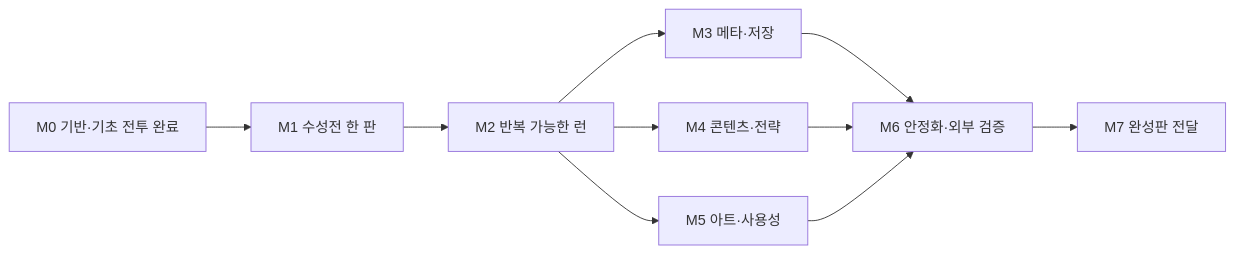
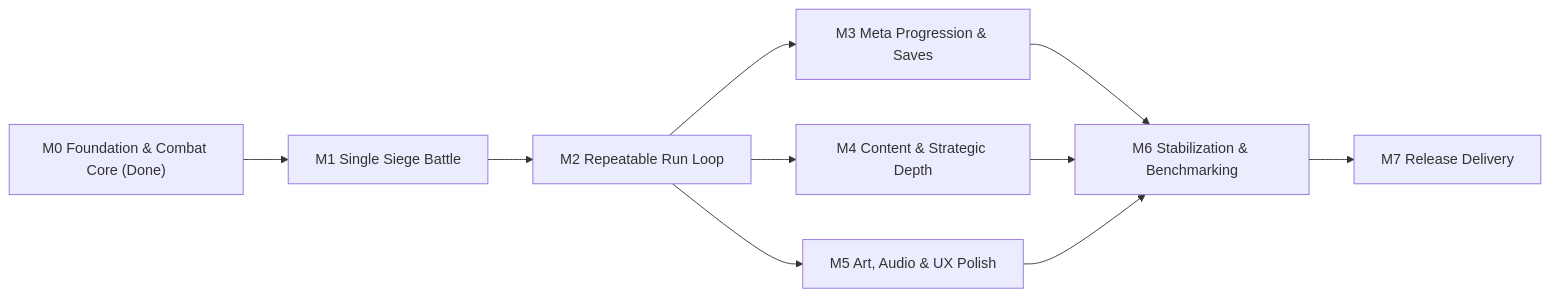
One commit to RiceMonkeyGames/ProjectNeo changed the diagram in Docs/ImplementationPlan.md. Above: the diagram before and after it, drawn with Mermaid. The commit also changed other lines of this file and 6 other files, not shown here.

First line of the commit message:
docs: 문서 영문화 및 마크다운 백로그 워크플로우 도입

````diff
--- a/Docs/ImplementationPlan.md
+++ b/Docs/ImplementationPlan.md
@@ -187,12 +148,12 @@
 ```mermaid
 flowchart LR
-    M0["M0 기반·기초 전투 완료"] --> M1["M1 수성전 한 판"]
-    M1 --> M2["M2 반복 가능한 런"]
-    M2 --> M3["M3 메타·저장"]
-    M2 --> M4["M4 콘텐츠·전략"]
-    M2 --> M5["M5 아트·사용성"]
-    M3 --> M6["M6 안정화·외부 검증"]
+    M0["M0 Foundation & Combat Core (Done)"] --> M1["M1 Single Siege Battle"]
+    M1 --> M2["M2 Repeatable Run Loop"]
+    M2 --> M3["M3 Meta Progression & Saves"]
+    M2 --> M4["M4 Content & Strategic Depth"]
+    M2 --> M5["M5 Art, Audio & UX Polish"]
+    M3 --> M6["M6 Stabilization & Benchmarking"]
     M4 --> M6
     M5 --> M6
-    M6 --> M7["M7 완성판 전달"]
+    M6 --> M7["M7 Release Delivery"]
 ```
````
